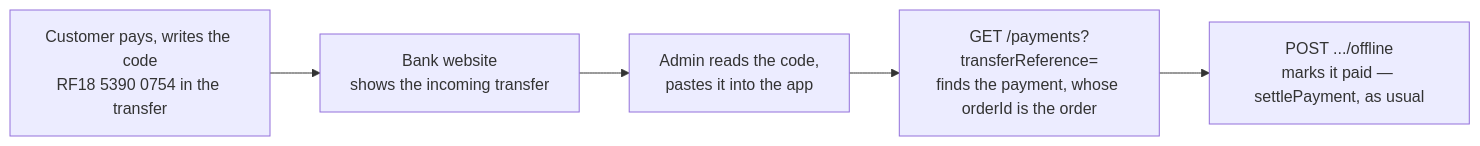
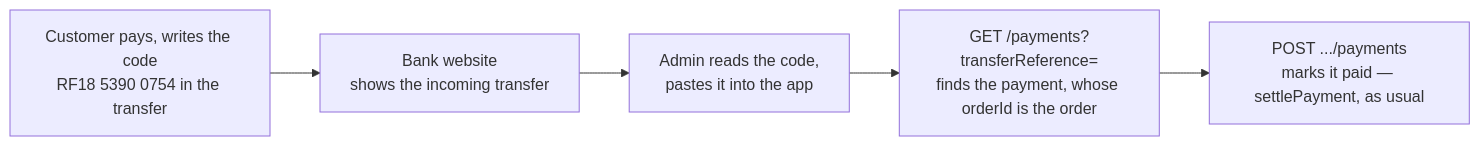
Before and after one commit to Guebbit/boilerplate-node-backend: the ninth of 12 diagrams in docs/modules/payments.md, drawn with Mermaid. The commit also changed other lines of this file and 16 other files, not shown here.

First line of the commit message:
feat(payments)!: record an order's payment at POST /orders/{id}/payments

````diff
--- a/docs/modules/payments.md
+++ b/docs/modules/payments.md
@@ -511,7 +511,7 @@
 ```mermaid
 flowchart LR
     C["Customer pays, writes the code<br/>RF18 5390 0754 in the transfer"] --> B["Bank website<br/>shows the incoming transfer"]
     B --> A["Admin reads the code,<br/>pastes it into the app"]
     A --> L["GET /payments?transferReference=<br/>finds the payment, whose orderId is the order"]
-    L --> P["POST .../offline<br/>marks it paid — settlePayment, as usual"]
+    L --> P["POST .../payments<br/>marks it paid — settlePayment, as usual"]
 ```
````
